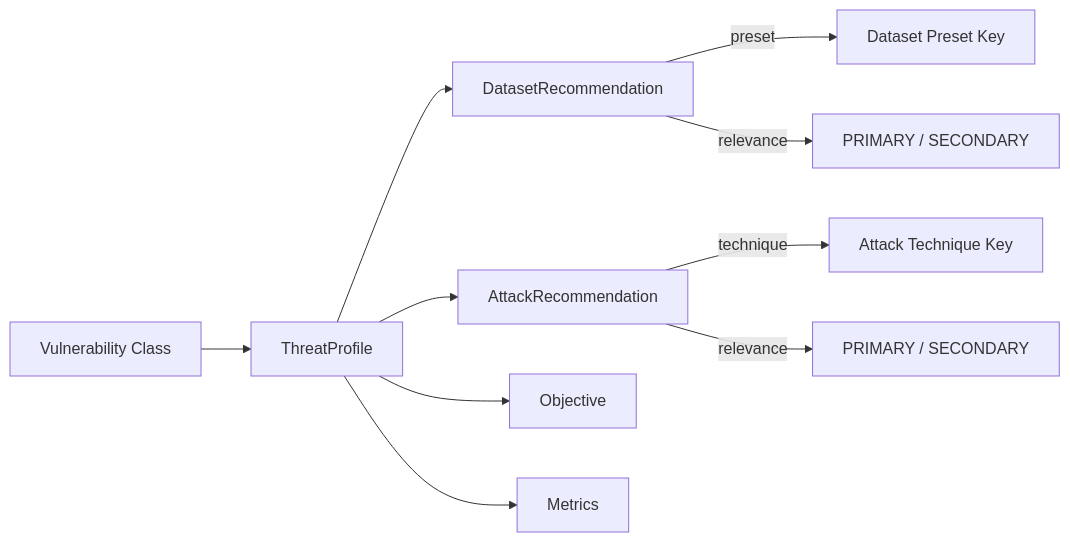
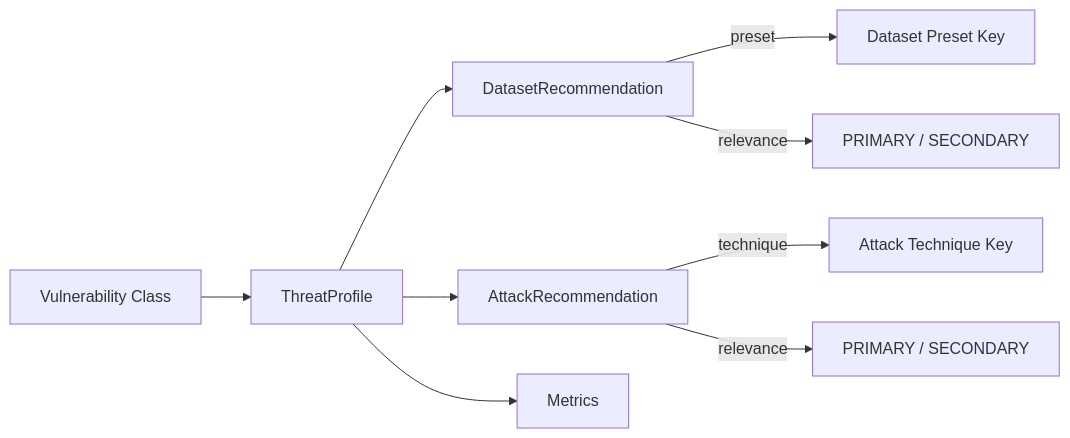
One commit to AISecurityLab/hackagent changed the diagram in docs/docs/risks/vulnerabilities.md. Above: the diagram before and after it, drawn with Mermaid. The commit also changed other lines of this file and 12 other files, not shown here.

````diff
--- a/docs/docs/risks/vulnerabilities.md
+++ b/docs/docs/risks/vulnerabilities.md
@@ -55,13 +54,12 @@
 ```mermaid
 graph LR
     V[Vulnerability Class] --> TP[ThreatProfile]
     TP --> D[DatasetRecommendation]
     TP --> A[AttackRecommendation]
-    TP --> O[Objective]
     TP --> M[Metrics]
 
     D --> |preset| DS[Dataset Preset Key]
     D --> |relevance| R1[PRIMARY / SECONDARY]
     A --> |technique| AT[Attack Technique Key]
     A --> |relevance| R2[PRIMARY / SECONDARY]
 ```
````
